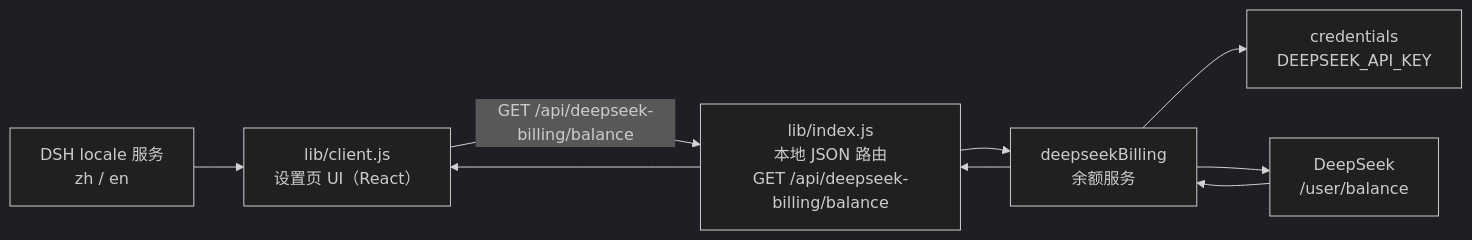
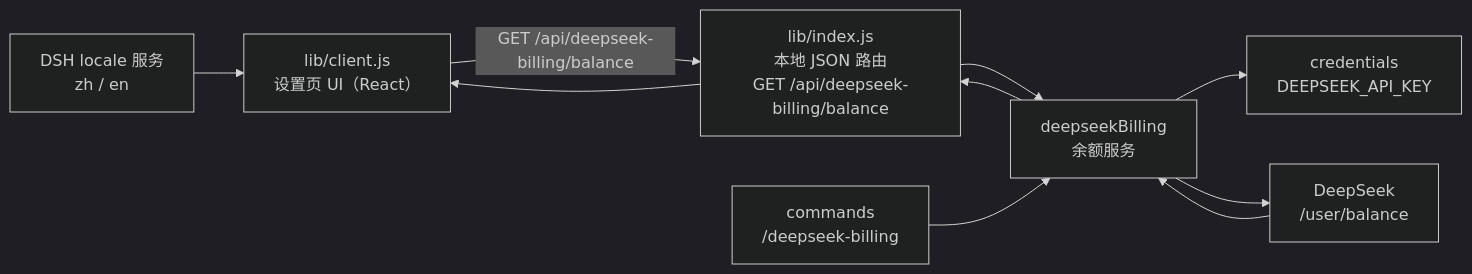
Before and after one commit to golitter/dsh-deepseek-billing: the diagram in docs/design.md, drawn with Mermaid (dark theme). The commit also changed other lines of this file and 5 other files, not shown here.

First line of the commit message:
feat: /deepseek-billing command with locale-aware text and code whitelist

````diff
--- a/docs/design.md
+++ b/docs/design.md
@@ -32,15 +32,17 @@
 ```mermaid
 flowchart LR
     UI["lib/client.js<br/>设置页 UI（React）"]
     API["lib/index.js<br/>本地 JSON 路由<br/>GET /api/deepseek-billing/balance"]
     SVC["deepseekBilling<br/>余额服务"]
     KEY["credentials<br/>DEEPSEEK_API_KEY"]
     DS["DeepSeek<br/>/user/balance"]
     LOC["DSH locale 服务<br/>zh / en"]
+    CMD["commands<br/>/deepseek-billing"]
     UI -->|"GET /api/deepseek-billing/balance"| API
     API --> SVC
     SVC --> KEY
     SVC --> DS
     DS --> SVC --> API --> UI
     LOC --> UI
+    CMD --> SVC
 ```
````
